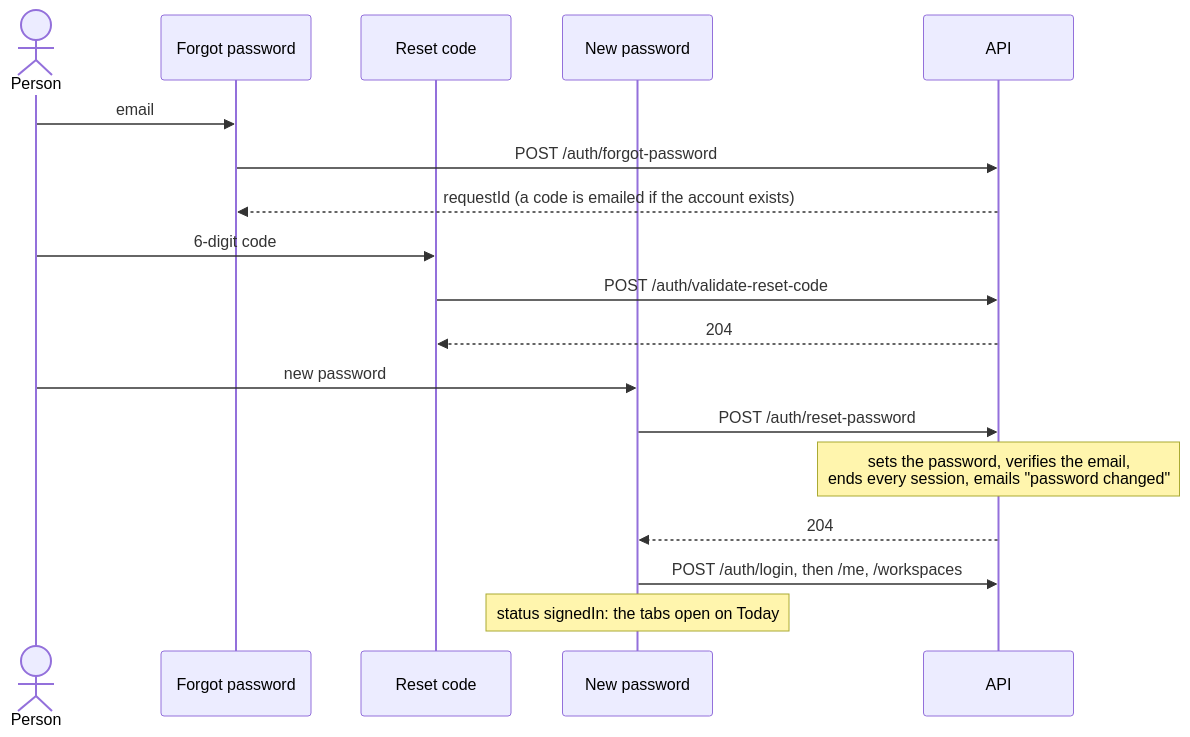
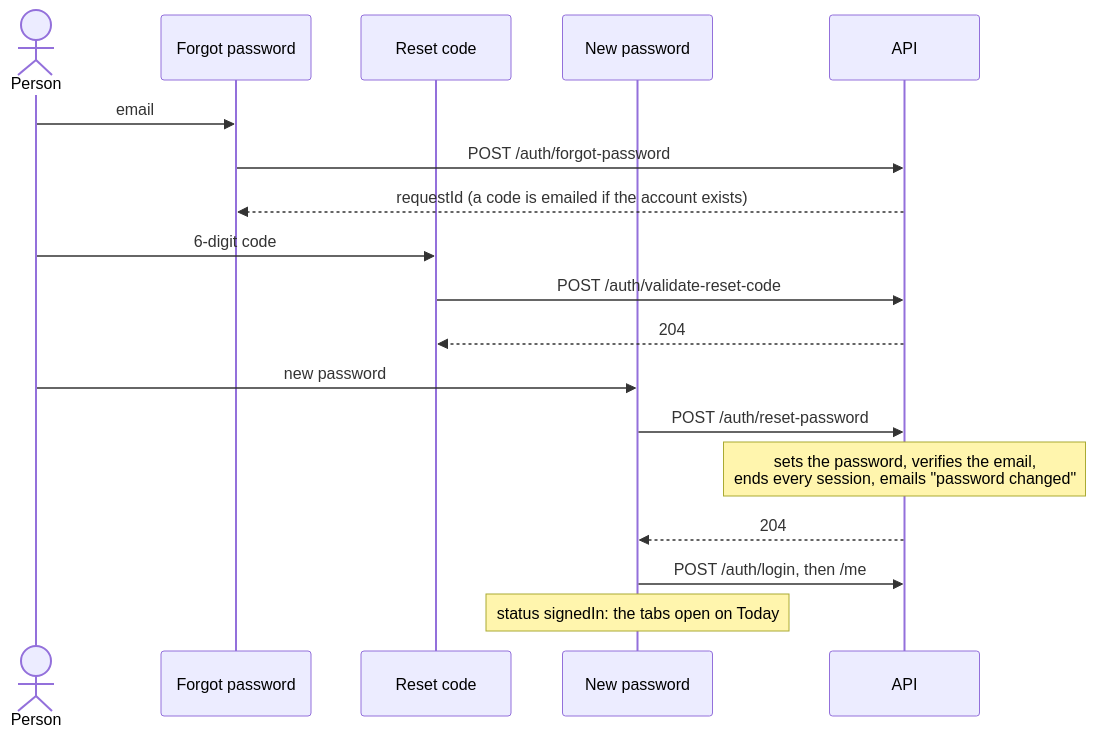
The diagram in docs/auth/password-reset.md (opolancoh/tasky-mobile), drawn with Mermaid before and after one commit. The commit also changed 34 other files, not shown here.

````diff
--- a/docs/auth/password-reset.md
+++ b/docs/auth/password-reset.md
@@ -16,20 +16,20 @@
 ```mermaid
 sequenceDiagram
     actor U as Person
     participant F as Forgot password
     participant C as Reset code
     participant N as New password
     participant A as API
     U->>F: email
     F->>A: POST /auth/forgot-password
     A-->>F: requestId (a code is emailed if the account exists)
     U->>C: 6-digit code
     C->>A: POST /auth/validate-reset-code
     A-->>C: 204
     U->>N: new password
     N->>A: POST /auth/reset-password
     Note over A: sets the password, verifies the email,<br/>ends every session, emails "password changed"
     A-->>N: 204
-    N->>A: POST /auth/login, then /me, /workspaces
+    N->>A: POST /auth/login, then /me
     Note over N: status signedIn: the tabs open on Today
 ```
````
